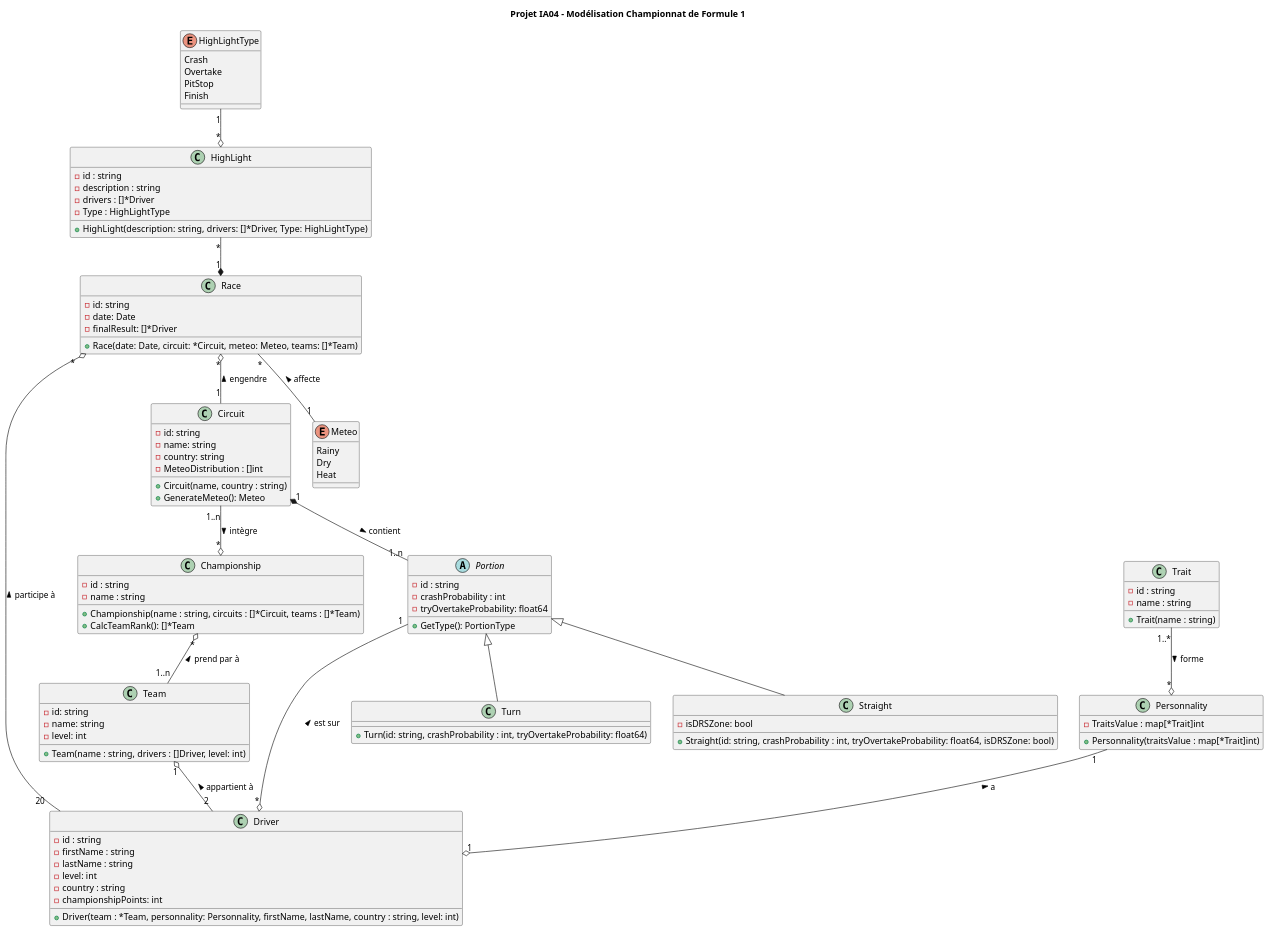
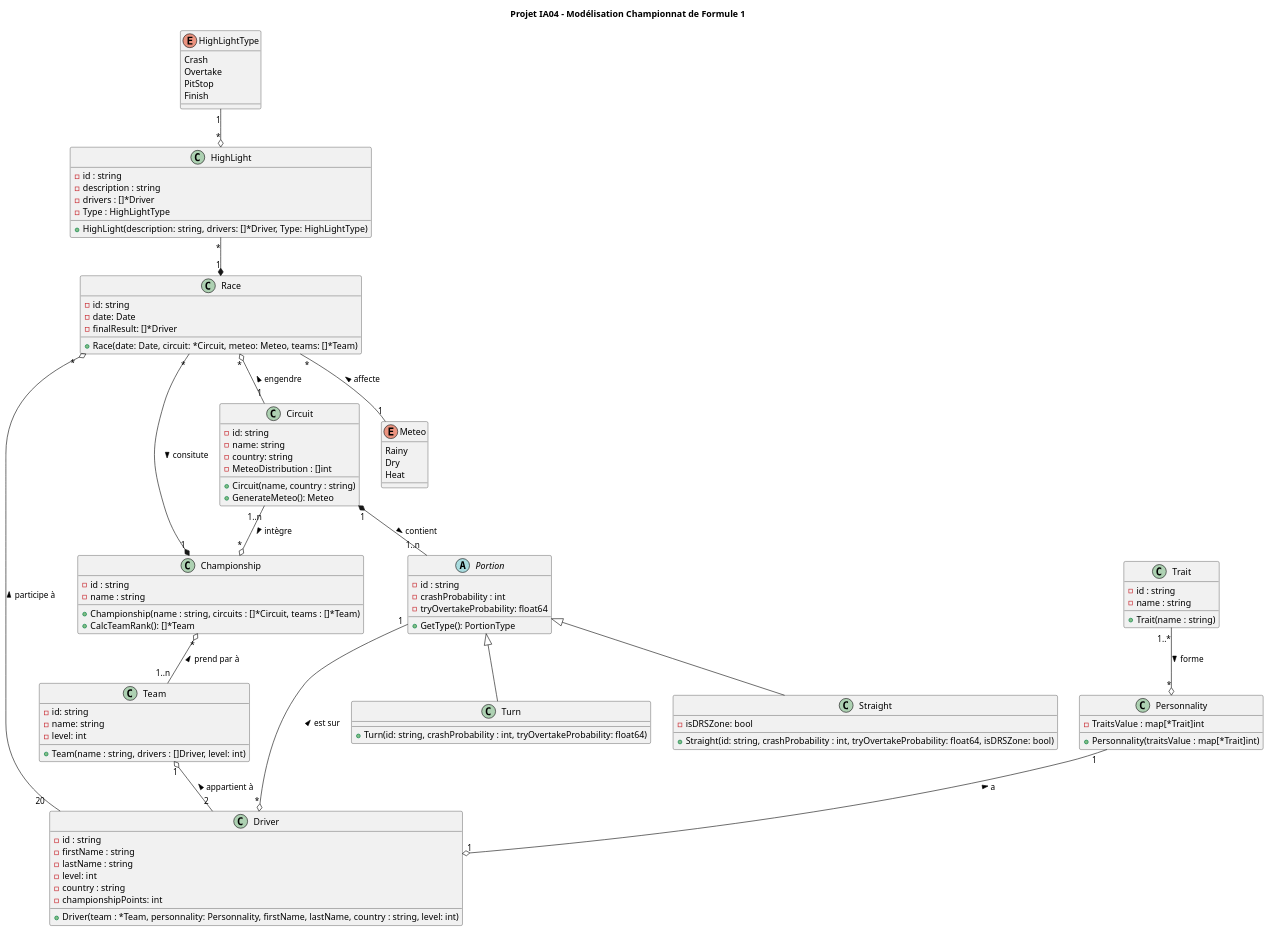
One commit to DamienVaurs/formule-1-ia04 changed the diagram in projectUML.plantuml. Above: the diagram before and after it, drawn with PlantUML.

Commit message:
MaJ UML race--*championship

```diff
--- a/projectUML.plantuml
+++ b/projectUML.plantuml
@@ -1,125 +1,126 @@
 @startuml IA04 - Modélisation Championnat de Formule 1
 
 
 title Projet IA04 - Modélisation Championnat de Formule 1
 
 
 class Driver {
   - id : string
   - firstName : string
   - lastName : string
   - level: int
   - country : string
   - championshipPoints: int
 
   + Driver(team : *Team, personnality: Personnality, firstName, lastName, country : string, level: int)
   
   }
   
 class Team {
   - id: string
   - name: string
   - level: int
 
   + Team(name : string, drivers : []Driver, level: int)
 
 }
 
 class Circuit {
   - id: string
   - name: string
   - country: string
   - MeteoDistribution : []int
 
   + Circuit(name, country : string)
   + GenerateMeteo(): Meteo
 }
 
 class Championship{
   - id : string
   - name : string
 
   + Championship(name : string, circuits : []*Circuit, teams : []*Team)
   + CalcTeamRank(): []*Team
 }
 
 class HighLight{
   - id : string
   - description : string
   - drivers : []*Driver
   - Type : HighLightType
 
   + HighLight(description: string, drivers: []*Driver, Type: HighLightType)
 }
 
 enum HighLightType{
   Crash
   Overtake
   PitStop
   Finish
 }
 
 enum Meteo{
   Rainy
   Dry
   Heat
 }
 
 class Personnality{
   - TraitsValue : map[*Trait]int
 
   + Personnality(traitsValue : map[*Trait]int)
 }
 
 class Trait{
   - id : string
   - name : string
 
   + Trait(name : string)
 }
 
 abstract class Portion{
   - id : string
   - crashProbability : int
   - tryOvertakeProbability: float64
 
   + GetType(): PortionType
 }
 
 
 class Turn{
 
   + Turn(id: string, crashProbability : int, tryOvertakeProbability: float64)
 }
 
 class Straight{
   - isDRSZone: bool
 
   + Straight(id: string, crashProbability : int, tryOvertakeProbability: float64, isDRSZone: bool)
 }
 
 class Race{
   - id: string
   - date: Date 
   - finalResult: []*Driver
 
   + Race(date: Date, circuit: *Circuit, meteo: Meteo, teams: []*Team)
 }
 
 HighLightType "1" --o "*" HighLight
 HighLight "*" --* "1" Race
 Race "*" o-- "20" Driver : participe à <
 Race "*" o-- "1" Circuit : engendre <
+Race "*" --* "1" Championship : consitute >
 Race "*" -- "1" Meteo : affecte <
 Circuit "1..n" --o "*" Championship : intègre >
 Circuit "1" *-- "1..n" Portion : contient >
 Portion  <|--  Turn
 Portion  <|--  Straight
 Portion "1" --o "*" Driver : est sur <
 Championship "*" o-- "1..n" Team : prend par à <
 Team "1" o-- "2" Driver : appartient à <
 Personnality "1" --o "1" Driver : a <
 Trait "1..*" --o "*" Personnality : forme >
 
 
 @enduml
```
